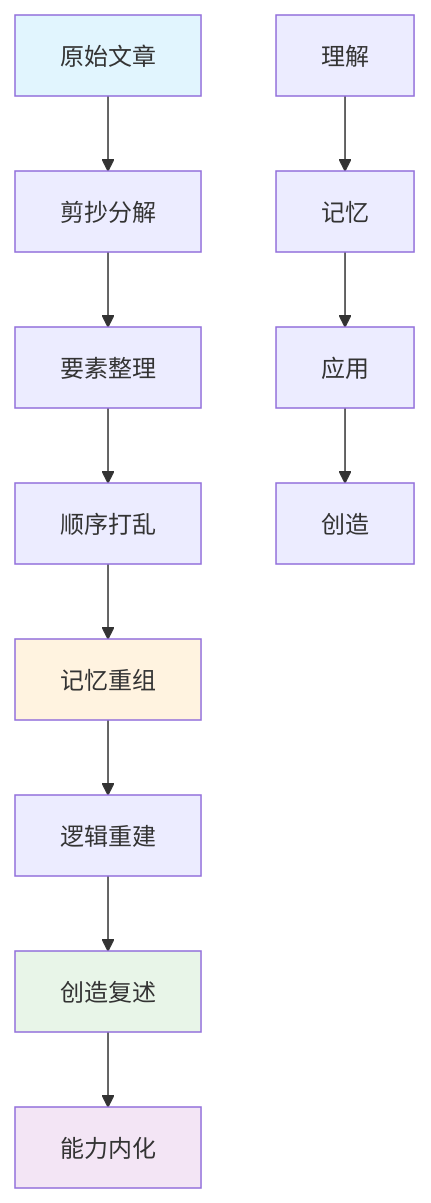
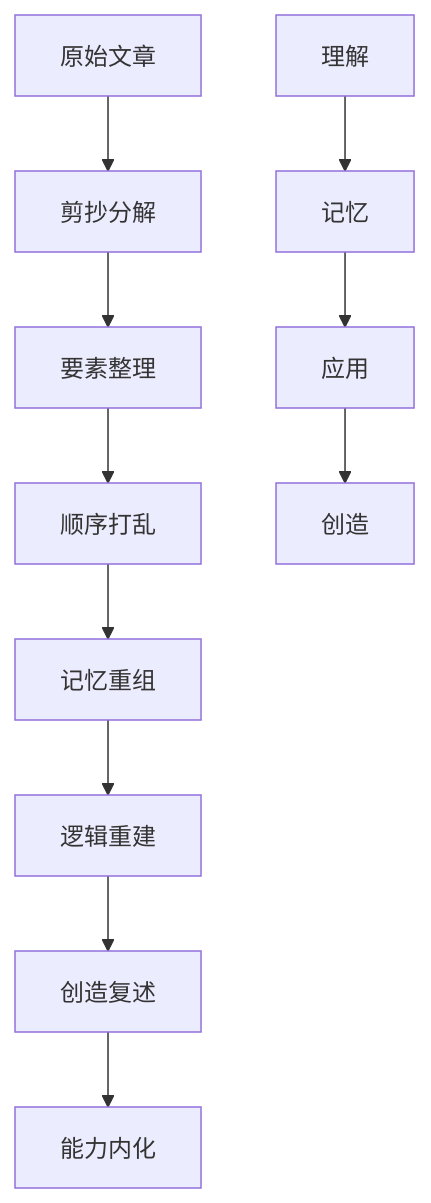
Diagram 13 of 52 in _posts/2025-11-08-book-01-feynman-approach.md (fangkun119/tech-page), drawn with Mermaid before and after one commit. The commit also changed other lines of this file and 1 other file, not shown here.

Commit message:
feat: adjust diagram color

````diff
--- a/_posts/2025-11-08-book-01-feynman-approach.md
+++ b/_posts/2025-11-08-book-01-feynman-approach.md
@@ -1427,17 +1371,12 @@
 ```mermaid
 graph TD
     A[原始文章] --> B[剪抄分解]
     B --> C[要素整理]
     C --> D[顺序打乱]
     D --> E[记忆重组]
     E --> F[逻辑重建]
     F --> G[创造复述]
     G --> H[能力内化]
 
     I[理解] --> J[记忆] --> K[应用] --> L[创造]
-
-    style A fill:#e1f5fe
-    style E fill:#fff3e0
-    style G fill:#e8f5e8
-    style H fill:#f3e5f5
 ```
````
